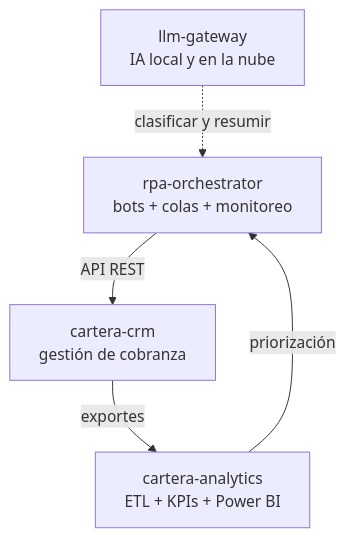
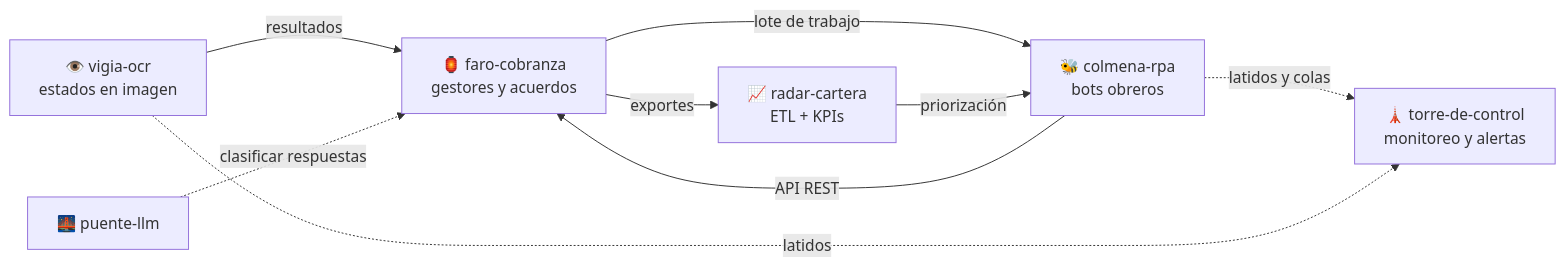
Before and after one commit to DarwinMontiel/DarwinMontiel: the diagram in README.md, drawn with Mermaid. The commit also changed other lines of this file, not shown here.

````diff
--- a/README.md
+++ b/README.md
@@ -44,7 +51,11 @@
 ```mermaid
-flowchart TB
-    LLM["llm-gateway<br/>IA local y en la nube"] -. clasificar y resumir .-> BOT
-    BOT["rpa-orchestrator<br/>bots + colas + monitoreo"] -- API REST --> CRM["cartera-crm<br/>gestión de cobranza"]
-    CRM -- exportes --> ETL["cartera-analytics<br/>ETL + KPIs + Power BI"]
-    ETL -- priorización --> BOT
+flowchart LR
+    CRM["🏮 faro-cobranza<br/>gestores y acuerdos"] -- lote de trabajo --> COL["🐝 colmena-rpa<br/>bots obreros"]
+    COL -- API REST --> CRM
+    VIG["👁️ vigia-ocr<br/>estados en imagen"] -- resultados --> CRM
+    COL -. latidos y colas .-> TOR["🗼 torre-de-control<br/>monitoreo y alertas"]
+    VIG -. latidos .-> TOR
+    CRM -- exportes --> RAD["📈 radar-cartera<br/>ETL + KPIs"]
+    RAD -- priorización --> COL
+    LLM["🌉 puente-llm"] -. clasificar respuestas .-> CRM
 ```
````
